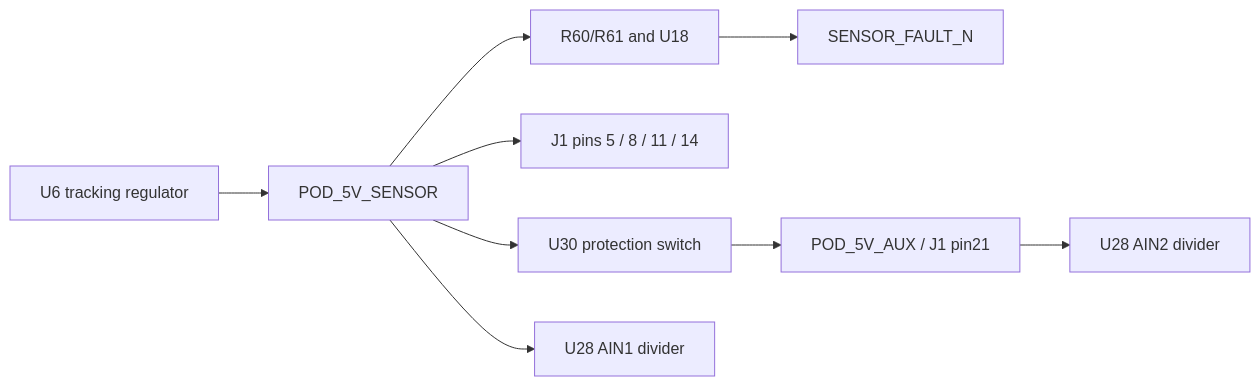
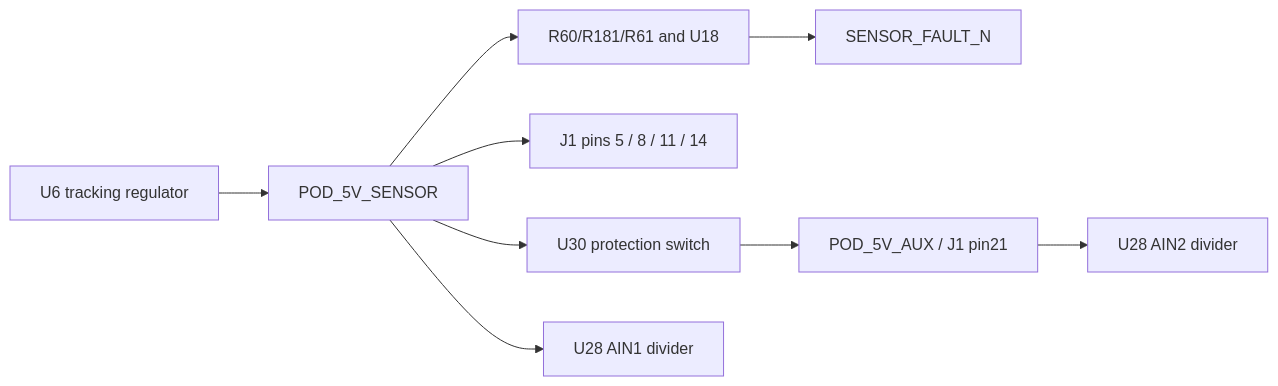
Before and after one commit to halbritt/fome-mc: the diagram in telemetry-pod/expansion/supply-monitor-coverage/README.md, drawn with Mermaid. The commit also changed other lines of this file and 10 other files, not shown here.

````diff
--- a/telemetry-pod/expansion/supply-monitor-coverage/README.md
+++ b/telemetry-pod/expansion/supply-monitor-coverage/README.md
@@ -13,11 +13,11 @@
 ```mermaid
 flowchart LR
   U6[U6 tracking regulator] --> S[POD_5V_SENSOR]
-  S --> U18[R60/R61 and U18]
+  S --> U18[R60/R181/R61 and U18]
   U18 --> F[SENSOR_FAULT_N]
   S --> O[J1 pins 5 / 8 / 11 / 14]
   S --> U30[U30 protection switch]
   U30 --> A[POD_5V_AUX / J1 pin21]
   S --> D1[U28 AIN1 divider]
   A --> D2[U28 AIN2 divider]
 ```
````
